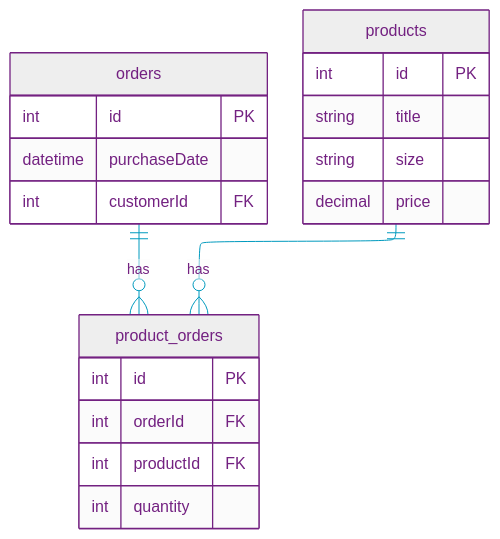
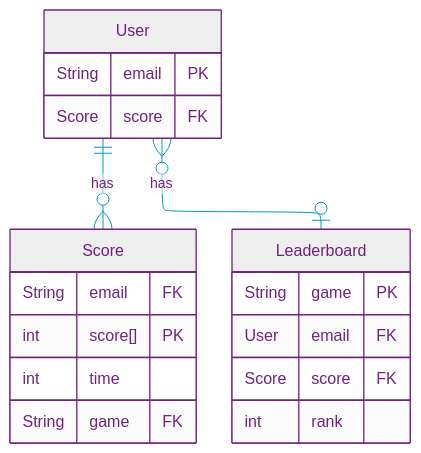
Before and after one commit to null-0ne/COSA-195-Gamehub: the diagram in uml/erd.md, drawn with Mermaid. The commit also changed other lines of this file and 2 other files, not shown here.

Commit message:
made progress on the ICD, and started the sequence diagram for submitting scores

````diff
--- a/uml/erd.md
+++ b/uml/erd.md
@@ -3,35 +3,35 @@
 ```mermaid
 %%{init:{"securityLevel":"loose","layout":"elk","elk":{"nodePlacementStrategy":"NETWORK_SIMPLEX"},"theme":"base",
 "themeVariables":{"primaryColor":"#EEE","primaryTextColor":"#732181","primaryBorderColor":"#732181","lineColor":"#009ABE","noteBorderColor":"#732181","noteBkgColor":"#F38A00","activationBkgColor":"#F38A00"    }
 }}%%
 %%----------------------- MERMAID MARKUP BELOW --------------------%%
 erDiagram
-    orders {
-      int id PK
-      datetime purchaseDate
-      int customerId FK
+    Score {
+      String email FK
+      int score[] PK
+      int time
+      String game FK
     }
 
-    products {
-      int id PK
-      string title
-      string size 
-      decimal price
+    Leaderboard {
+      String game PK
+      User email FK
+      Score score FK
+      int rank
+    }
+
+    User{
+        String email PK
+        Score score FK
     }
 
 
-    product_orders{
-      int id PK
-      int orderId FK
-      int productId FK
-      int quantity
-    }
 
     %% Relationships
-    orders ||--o{ product_orders : "has"
-    products ||--o{ product_orders : "has"
+    User }o--o| Leaderboard : "has"
+    User ||--o{ Score : "has"
 
 
 
-%%----------------------- MERMAID MARKUP ABOVE --------------------%%    
+%%----------------------- MERMAID MARKUP ABOVE --------------------%%
 ```
````
